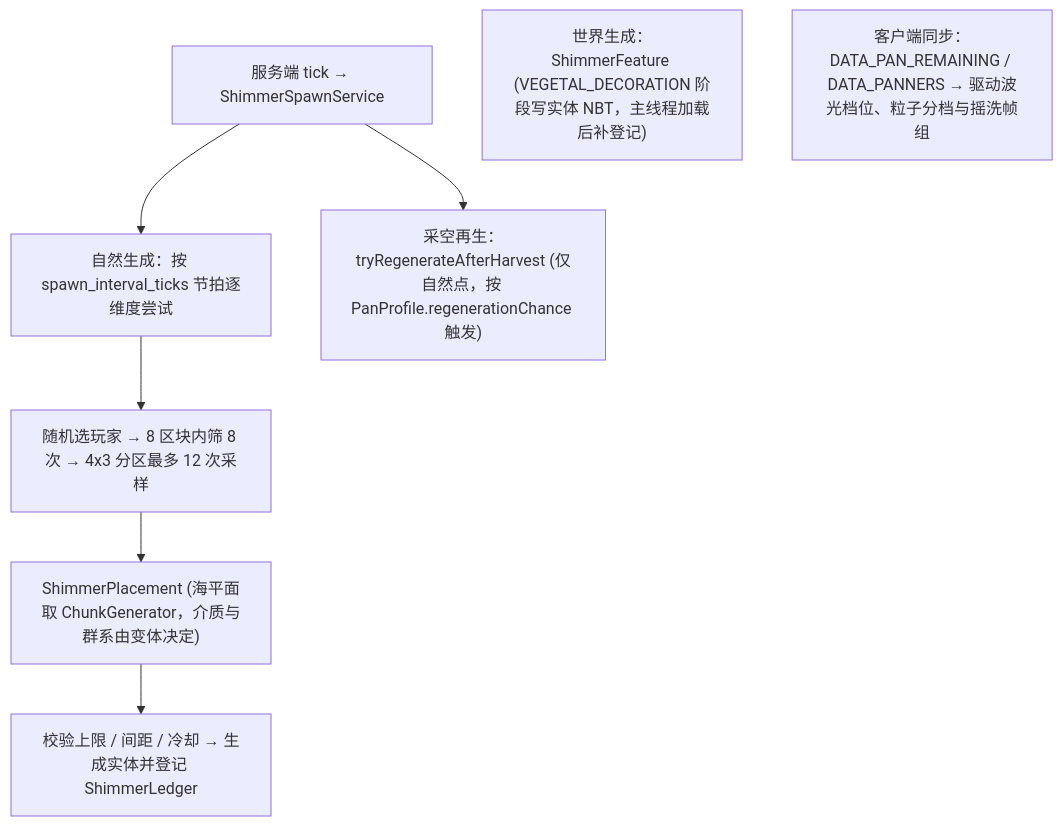
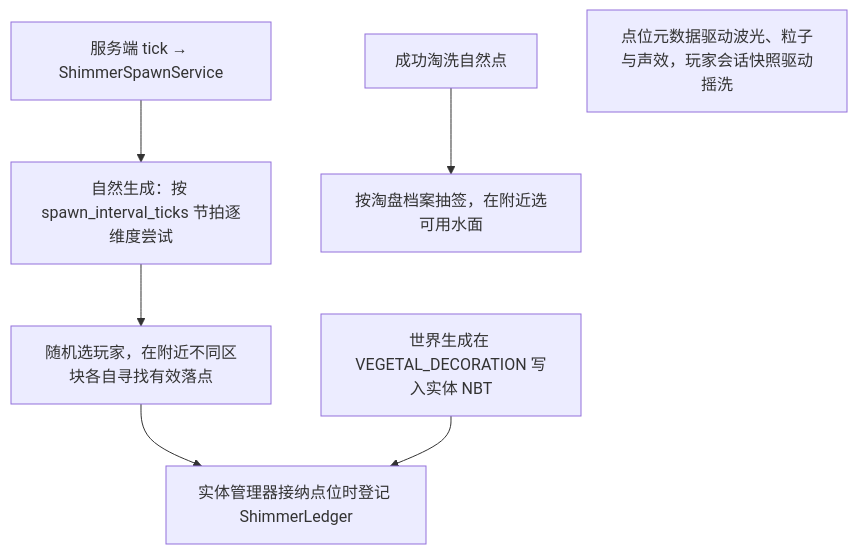
Before and after one commit to meteoritel/unsuspicious-block: the second of 2 diagrams in docs/dev/subsystems/panning.md, drawn with Mermaid. The commit also changed other lines of this file and 47 other files, not shown here.

````diff
--- a/docs/dev/subsystems/panning.md
+++ b/docs/dev/subsystems/panning.md
@@ -38,10 +38,9 @@
 ```mermaid
 flowchart TD
     Tick["服务端 tick → ShimmerSpawnService"] --> Nat["自然生成：按 spawn_interval_ticks 节拍逐维度尝试"]
-    Nat --> Pick["随机选玩家 → 8 区块内筛 8 次 → 4x3 分区最多 12 次采样"]
-    Pick --> Place["ShimmerPlacement (海平面取 ChunkGenerator，介质与群系由变体决定)"]
-    Place --> Ledger["校验上限 / 间距 / 冷却 → 生成实体并登记 ShimmerLedger"]
-    Tick --> Regen["采空再生：tryRegenerateAfterHarvest (仅自然点，按 PanProfile.regenerationChance 触发)"]
-    World["世界生成：ShimmerFeature (VEGETAL_DECORATION 阶段写实体 NBT，主线程加载后补登记)"]
-    Client["客户端同步：DATA_PAN_REMAINING / DATA_PANNERS → 驱动波光档位、粒子分档与摇洗帧组"]
+    Nat --> Pick["随机选玩家，在附近不同区块各自寻找有效落点"]
+    Pick --> Ledger["实体管理器接纳点位时登记 ShimmerLedger"]
+    Harvest["成功淘洗自然点"] --> Regen["按淘盘档案抽签，在附近选可用水面"]
+    World["世界生成在 VEGETAL_DECORATION 写入实体 NBT"] --> Ledger
+    Client["点位元数据驱动波光、粒子与声效，玩家会话快照驱动摇洗"]
 ```
````
